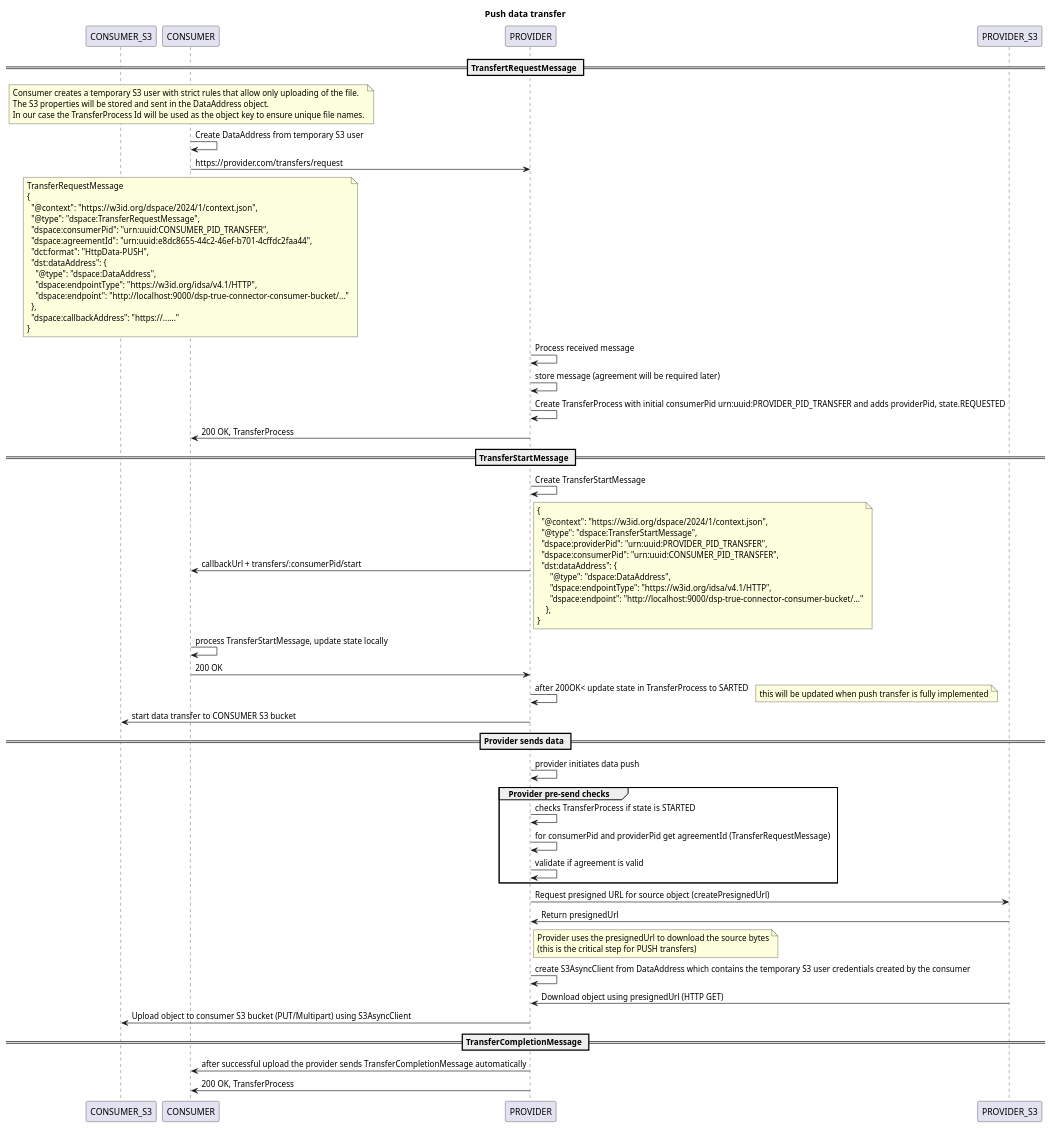
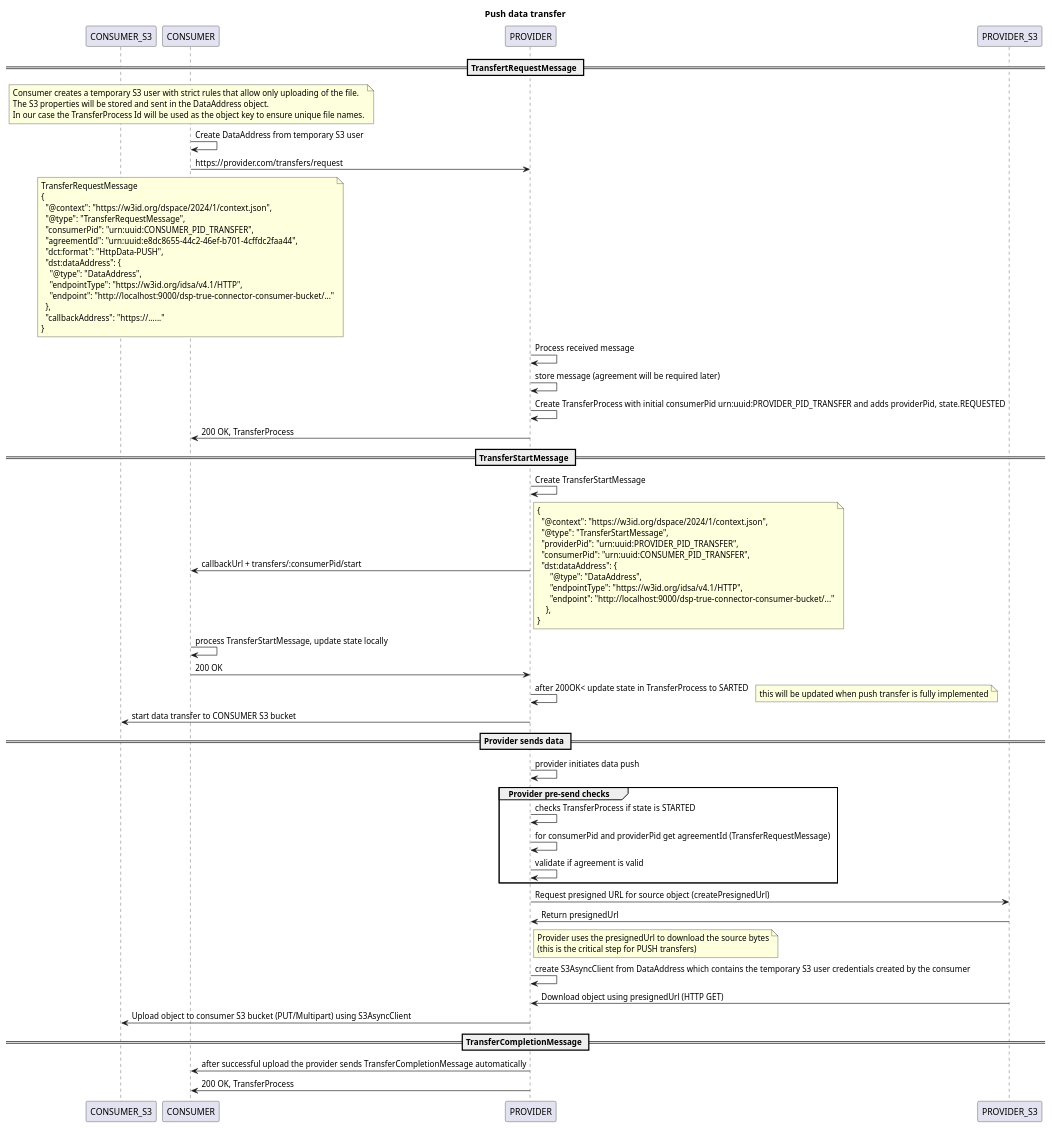
One commit to Engineering-Research-and-Development/dsp-true-connector changed the diagram in data-transfer/doc/diagrams/push_data_transfer.puml. Above: the diagram before and after it, drawn with PlantUML. The commit also changed 18 other files, not shown here.

```diff
--- a/data-transfer/doc/diagrams/push_data_transfer.puml
+++ b/data-transfer/doc/diagrams/push_data_transfer.puml
@@ -1,92 +1,92 @@
 @startuml
 
 TITLE Push data transfer
 
 participant CONSUMER_S3 as cs3
 participant CONSUMER as c
 participant PROVIDER as p
 participant PROVIDER_S3 as ps3
 
 == TransfertRequestMessage ==
 
 note over c
 Consumer creates a temporary S3 user with strict rules that allow only uploading of the file.
 The S3 properties will be stored and sent in the DataAddress object.
 In our case the TransferProcess Id will be used as the object key to ensure unique file names.
 end note
 c->c: Create DataAddress from temporary S3 user
 c->p : https://provider.com/transfers/request
 
 note over c
 TransferRequestMessage
 {
   "@context":  "https://w3id.org/dspace/2024/1/context.json",
-  "@type": "dspace:TransferRequestMessage",
-  "dspace:consumerPid": "urn:uuid:CONSUMER_PID_TRANSFER",
-  "dspace:agreementId": "urn:uuid:e8dc8655-44c2-46ef-b701-4cffdc2faa44",
+  "@type": "TransferRequestMessage",
+  "consumerPid": "urn:uuid:CONSUMER_PID_TRANSFER",
+  "agreementId": "urn:uuid:e8dc8655-44c2-46ef-b701-4cffdc2faa44",
   "dct:format": "HttpData-PUSH",
   "dst:dataAddress": {
-    "@type": "dspace:DataAddress",
-    "dspace:endpointType": "https://w3id.org/idsa/v4.1/HTTP",
-    "dspace:endpoint": "http://localhost:9000/dsp-true-connector-consumer-bucket/..."
+    "@type": "DataAddress",
+    "endpointType": "https://w3id.org/idsa/v4.1/HTTP",
+    "endpoint": "http://localhost:9000/dsp-true-connector-consumer-bucket/..."
   },
-  "dspace:callbackAddress": "https://......"
+  "callbackAddress": "https://......"
 }
 end note
 
 p->p: Process received message
 p->p: store message (agreement will be required later)
 p->p: Create TransferProcess with initial consumerPid urn:uuid:PROVIDER_PID_TRANSFER and adds providerPid, state.REQUESTED
 p->c: 200 OK, TransferProcess
 
 == TransferStartMessage ==
 p->p: Create TransferStartMessage
 
 p->c : callbackUrl + transfers/:consumerPid/start
 note right
 {
   "@context":  "https://w3id.org/dspace/2024/1/context.json",
-  "@type": "dspace:TransferStartMessage",
-  "dspace:providerPid": "urn:uuid:PROVIDER_PID_TRANSFER",
-  "dspace:consumerPid": "urn:uuid:CONSUMER_PID_TRANSFER",
+  "@type": "TransferStartMessage",
+  "providerPid": "urn:uuid:PROVIDER_PID_TRANSFER",
+  "consumerPid": "urn:uuid:CONSUMER_PID_TRANSFER",
   "dst:dataAddress": {
-      "@type": "dspace:DataAddress",
-      "dspace:endpointType": "https://w3id.org/idsa/v4.1/HTTP",
-      "dspace:endpoint": "http://localhost:9000/dsp-true-connector-consumer-bucket/..."
+      "@type": "DataAddress",
+      "endpointType": "https://w3id.org/idsa/v4.1/HTTP",
+      "endpoint": "http://localhost:9000/dsp-true-connector-consumer-bucket/..."
     },
 }
 end note
 
 c->c : process TransferStartMessage, update state locally
 c->p : 200 OK
 p->p: after 200OK< update state in TransferProcess to SARTED
 note right
 this will be updated when push transfer is fully implemented
 end note
 p->cs3: start data transfer to CONSUMER S3 bucket
 
 == Provider sends data ==
 
   p->p: provider initiates data push
 group Provider pre-send checks
   p->p: checks TransferProcess if state is STARTED
   p->p: for consumerPid and providerPid get agreementId (TransferRequestMessage)
   p->p: validate if agreement is valid
 end group
 
 p->ps3: Request presigned URL for source object (createPresignedUrl)
 ps3->p: Return presignedUrl
 note right of p
 Provider uses the presignedUrl to download the source bytes
 (this is the critical step for PUSH transfers)
 end note
   p->p: create S3AsyncClient from DataAddress which contains the temporary S3 user credentials created by the consumer
 ps3->p: Download object using presignedUrl (HTTP GET)
 p->cs3: Upload object to consumer S3 bucket (PUT/Multipart) using S3AsyncClient
 
 == TransferCompletionMessage ==
 
 p->c: after successful upload the provider sends TransferCompletionMessage automatically
 p->c: 200 OK, TransferProcess
 
 @enduml
```
